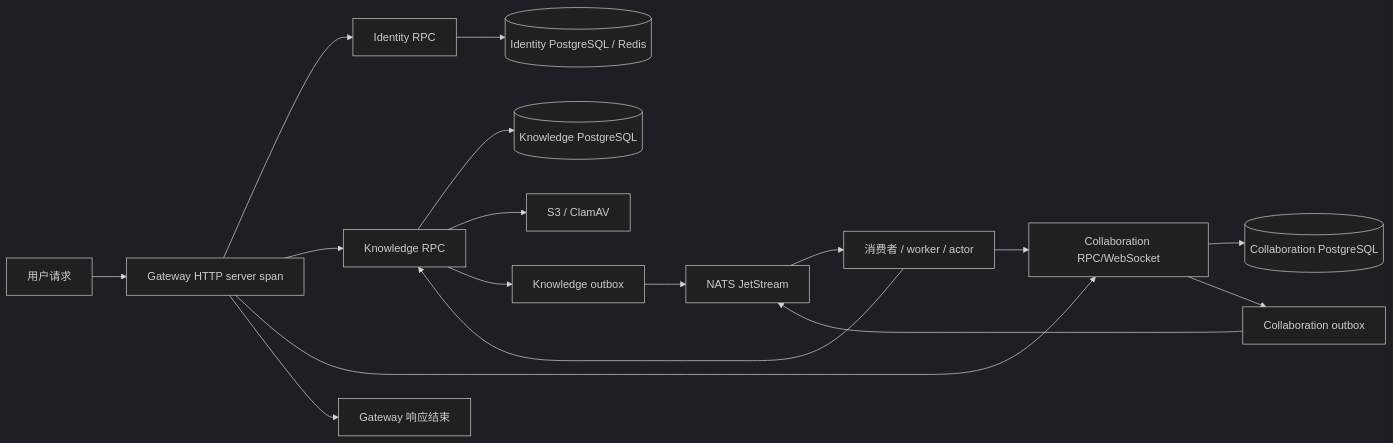
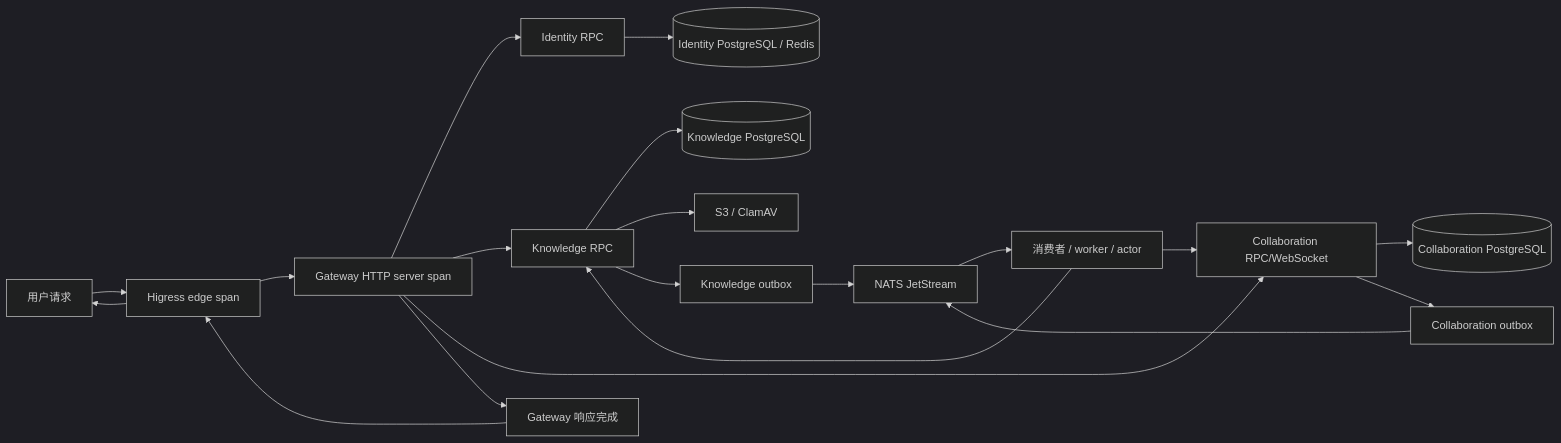
The diagram in docs/trace-architecture.md (HappyLadySauceM/Knowledge-Core), drawn with Mermaid (dark theme) before and after one commit. The commit also changed other lines of this file and 9 other files, not shown here.

````diff
--- a/docs/trace-architecture.md
+++ b/docs/trace-architecture.md
@@ -9,19 +9,22 @@
 ```mermaid
 flowchart LR
-    U[用户请求] --> G1[Gateway HTTP server span]
+    U[用户请求] --> H[Higress edge span]
+    H --> G1[Gateway HTTP server span]
     G1 --> I[Identity RPC]
     G1 --> K[Knowledge RPC]
     G1 --> C[Collaboration RPC/WebSocket]
     I --> IDB[(Identity PostgreSQL / Redis)]
     K --> KDB[(Knowledge PostgreSQL)]
     K --> S3[S3 / ClamAV]
     K --> O1[Knowledge outbox]
     C --> CDB[(Collaboration PostgreSQL)]
     C --> O2[Collaboration outbox]
     O1 --> N[NATS JetStream]
     O2 --> N
     N --> W[消费者 / worker / actor]
     W --> K
     W --> C
-    G1 --> R[Gateway 响应结束]
+    G1 --> R[Gateway 响应完成]
+    R --> H
+    H --> U
 ```
````
